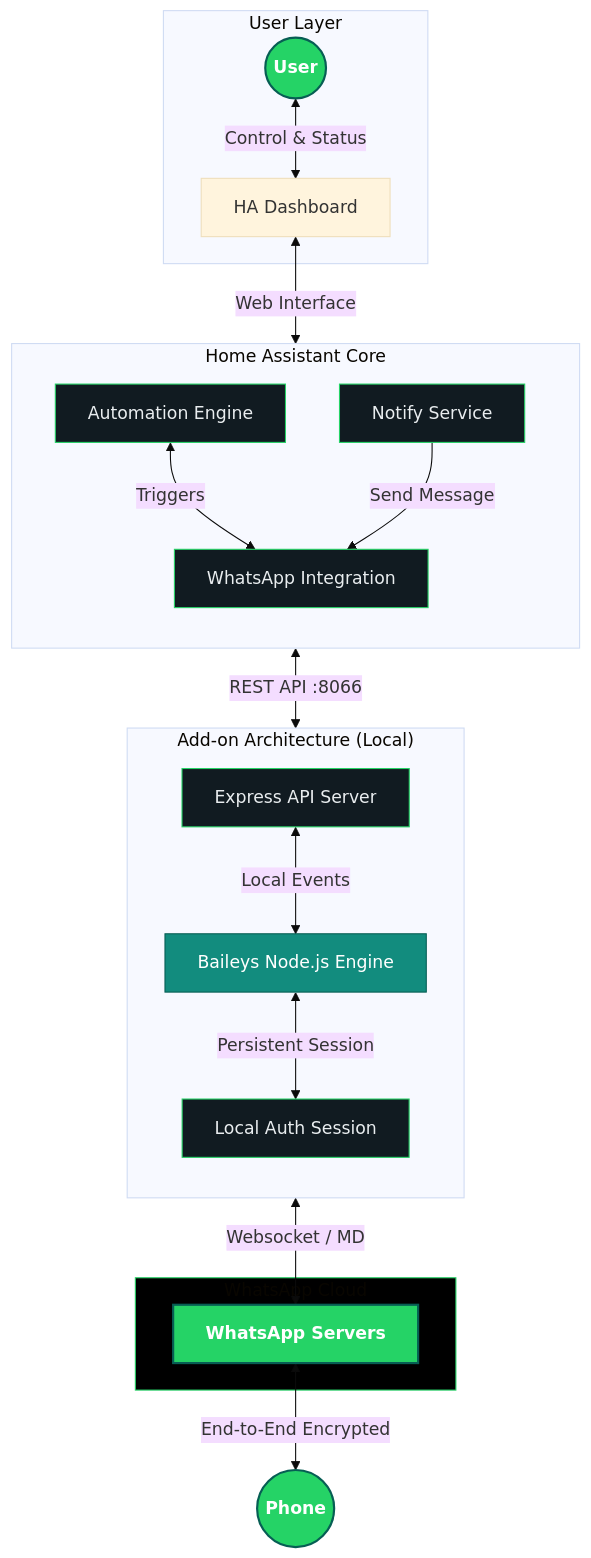
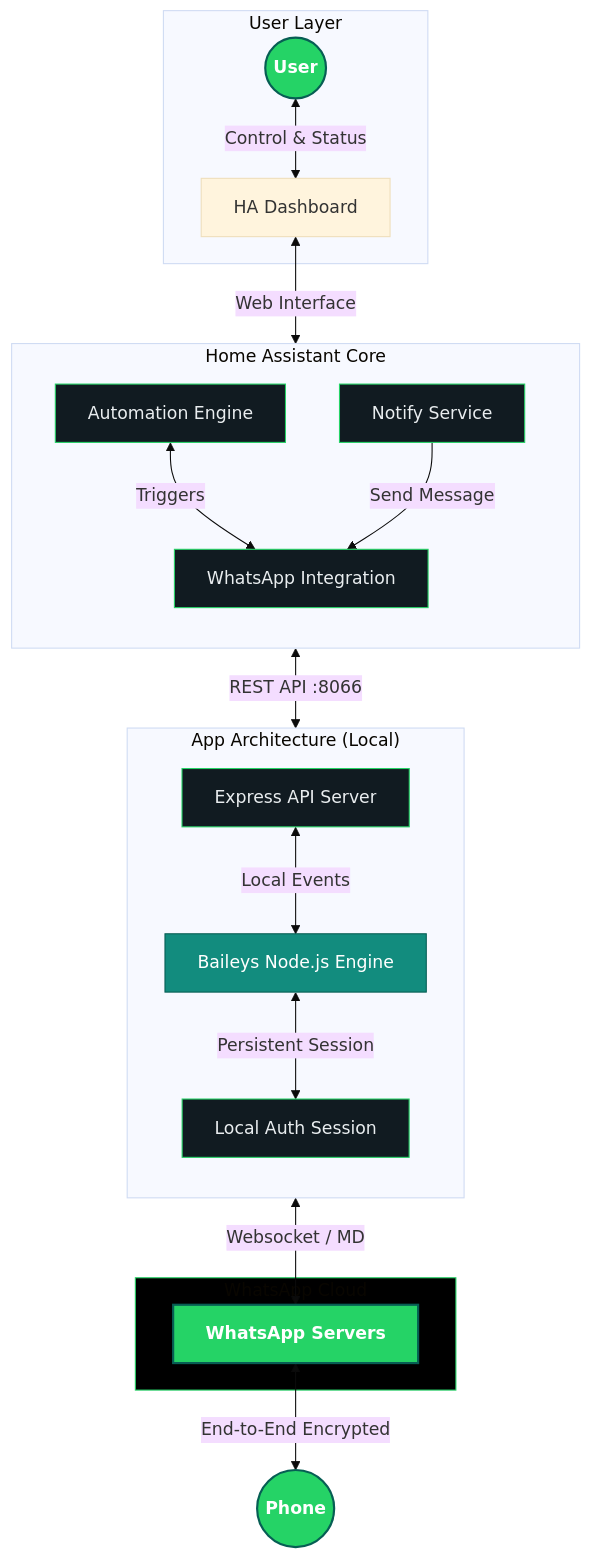
Before and after one commit to FaserF/ha-whatsapp: the diagram in docs/index.md, drawn with Mermaid (base theme). The commit also changed other lines of this file and 23 other files, not shown here.

````diff
--- a/docs/index.md
+++ b/docs/index.md
@@ -110,48 +110,48 @@
 ```mermaid
 graph TD
     %% Define Styles
     classDef wa fill:#25D366,stroke:#075E54,stroke-width:2px,color:#fff,font-weight:bold;
     classDef ha fill:#111b21,stroke:#25D366,stroke-width:1px,color:#e9edef;
     classDef logic fill:#128C7E,stroke:#075E54,stroke-width:1px,color:#fff;
     classDef network fill:#000,stroke:#25D366,stroke-width:1px,dasharray: 5 5;
 
     subgraph UserInterface ["User Layer"]
         User((User))
         HA_UI[HA Dashboard]
     end
 
     subgraph HACore ["Home Assistant Core"]
         direction TB
         WH[WhatsApp Integration]
         Core[Automation Engine]
         Notify[Notify Service]
     end
 
-    subgraph AddonBridge ["Add-on Architecture (Local)"]
+    subgraph AppBridge ["App Architecture (Local)"]
         direction TB
         API[Express API Server]
         BL[Baileys Node.js Engine]
         Auth[Local Auth Session]
     end
 
     subgraph External ["WhatsApp Cloud"]
         WA[WhatsApp Servers]
     end
 
     %% Flows
     User <-->|Control & Status| HA_UI
     HA_UI <-->|Web Interface| Core
     Core <-->|Triggers| WH
     Notify -->|Send Message| WH
     WH <-->|REST API :8066| API
     API <-->|Local Events| BL
     BL <-->|Persistent Session| Auth
     BL <-->|Websocket / MD| WA
     WA <-->|End-to-End Encrypted| Recipient((Phone))
 
     %% Assign Styles
     class WA,User,Recipient wa;
     class WH,Core,Notify,API,Auth ha;
     class BL logic;
     class External network;
 ```
````
